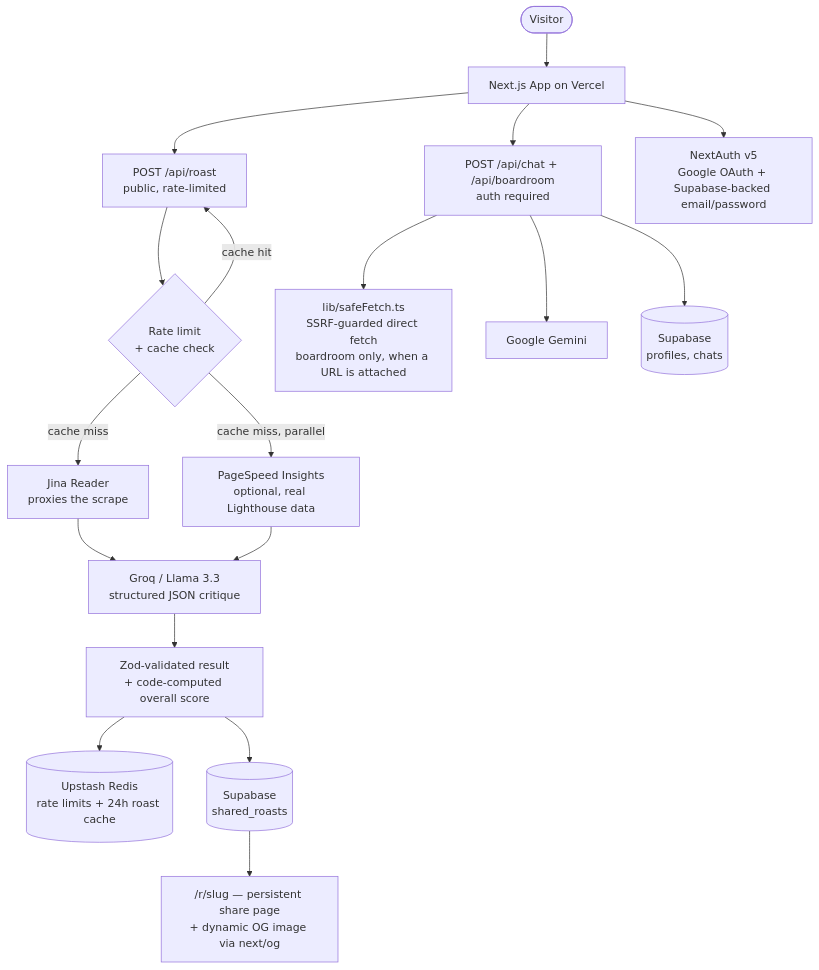
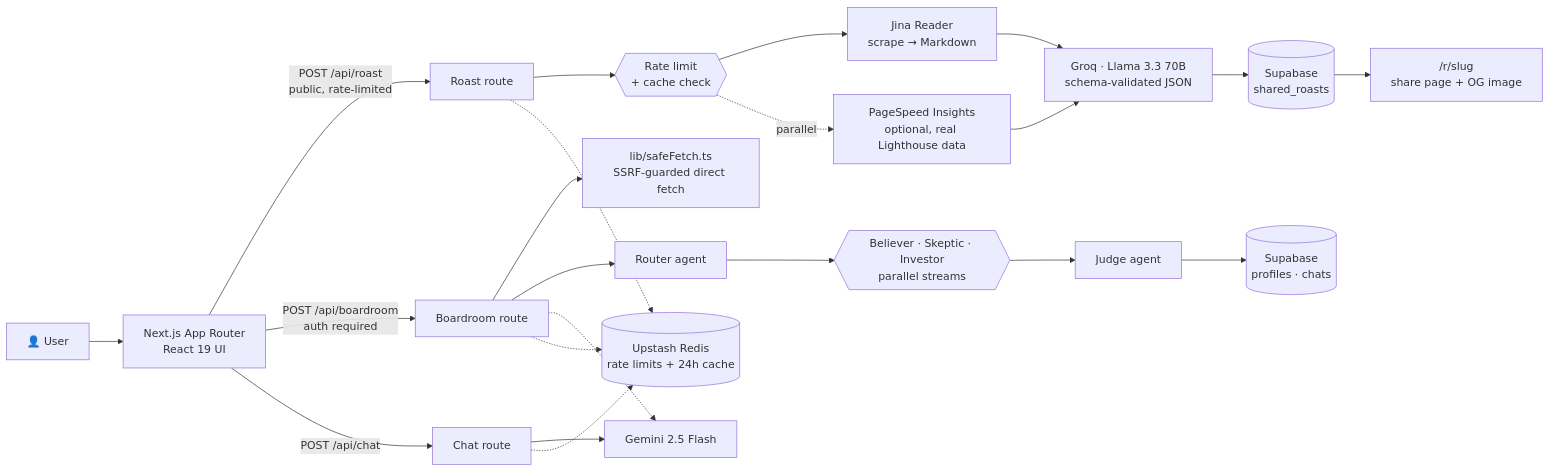
The diagram in README.md (tan8696/roastit), drawn with Mermaid before and after one commit. The commit also changed other lines of this file, not shown here.

````diff
--- a/README.md
+++ b/README.md
@@ -39,25 +68,27 @@
 ```mermaid
-flowchart TD
-    User(["Visitor"]) --> Web["Next.js App on Vercel"]
+flowchart LR
+    U[👤 User] --> FE[Next.js App Router<br/>React 19 UI]
 
-    Web --> RoastAPI["POST /api/roast<br/>public, rate-limited"]
-    Web --> ChatAPI["POST /api/chat + /api/boardroom<br/>auth required"]
+    FE -->|"POST /api/roast<br/>public, rate-limited"| R[Roast route]
+    R --> CACHE{{"Rate limit<br/>+ cache check"}}
+    CACHE --> J["Jina Reader<br/>scrape → Markdown"]
+    CACHE -.->|"parallel"| PSI["PageSpeed Insights<br/>optional, real Lighthouse data"]
+    J --> G["Groq · Llama 3.3 70B<br/>schema-validated JSON"]
+    PSI --> G
+    G --> SHARE[("Supabase<br/>shared_roasts")]
+    SHARE --> SLUG["/r/slug<br/>share page + OG image"]
 
-    RoastAPI --> RL{"Rate limit<br/>+ cache check"}
-    RL -->|"cache hit"| RoastAPI
-    RL -->|"cache miss"| Jina["Jina Reader<br/>proxies the scrape"]
-    RL -->|"cache miss, parallel"| PSI["PageSpeed Insights<br/>optional, real Lighthouse data"]
-    Jina --> Groq["Groq / Llama 3.3<br/>structured JSON critique"]
-    PSI --> Groq
-    Groq --> Validated["Zod-validated result<br/>+ code-computed overall score"]
+    FE -->|"POST /api/boardroom<br/>auth required"| B[Boardroom route]
+    B --> SAFE["lib/safeFetch.ts<br/>SSRF-guarded direct fetch"]
+    B --> RT[Router agent]
+    RT --> P{{"Believer · Skeptic · Investor<br/>parallel streams"}}
+    P --> JD[Judge agent]
+    JD --> DB[("Supabase<br/>profiles · chats")]
 
-    Validated --> Redis[("Upstash Redis<br/>rate limits + 24h roast cache")]
-    Validated --> SharedTable[("Supabase<br/>shared_roasts")]
-    SharedTable --> SharePage["/r/slug — persistent share page<br/>+ dynamic OG image via next/og"]
+    FE -->|"POST /api/chat"| C[Chat route] --> GM["Gemini 2.5 Flash"]
+    B -.-> GM
 
-    ChatAPI --> SafeFetch["lib/safeFetch.ts<br/>SSRF-guarded direct fetch<br/>boardroom only, when a URL is attached"]
-    ChatAPI --> Gemini["Google Gemini"]
-    ChatAPI --> ChatTables[("Supabase<br/>profiles, chats")]
-
-    Web --> Auth["NextAuth v5<br/>Google OAuth + Supabase-backed email/password"]
+    R -.-> RL[("Upstash Redis<br/>rate limits + 24h cache")]
+    B -.-> RL
+    C -.-> RL
 ```
````
